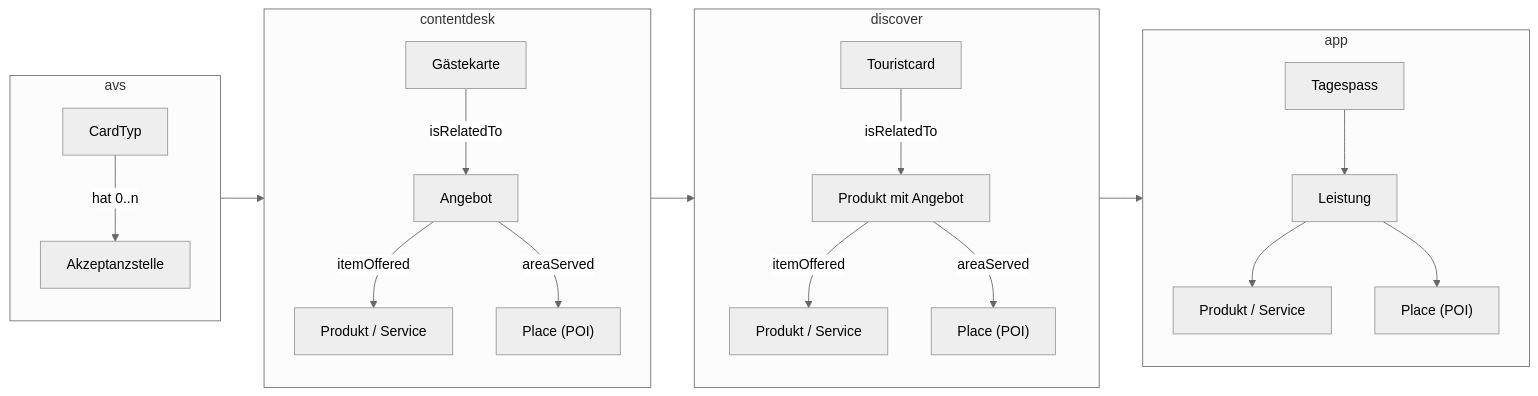
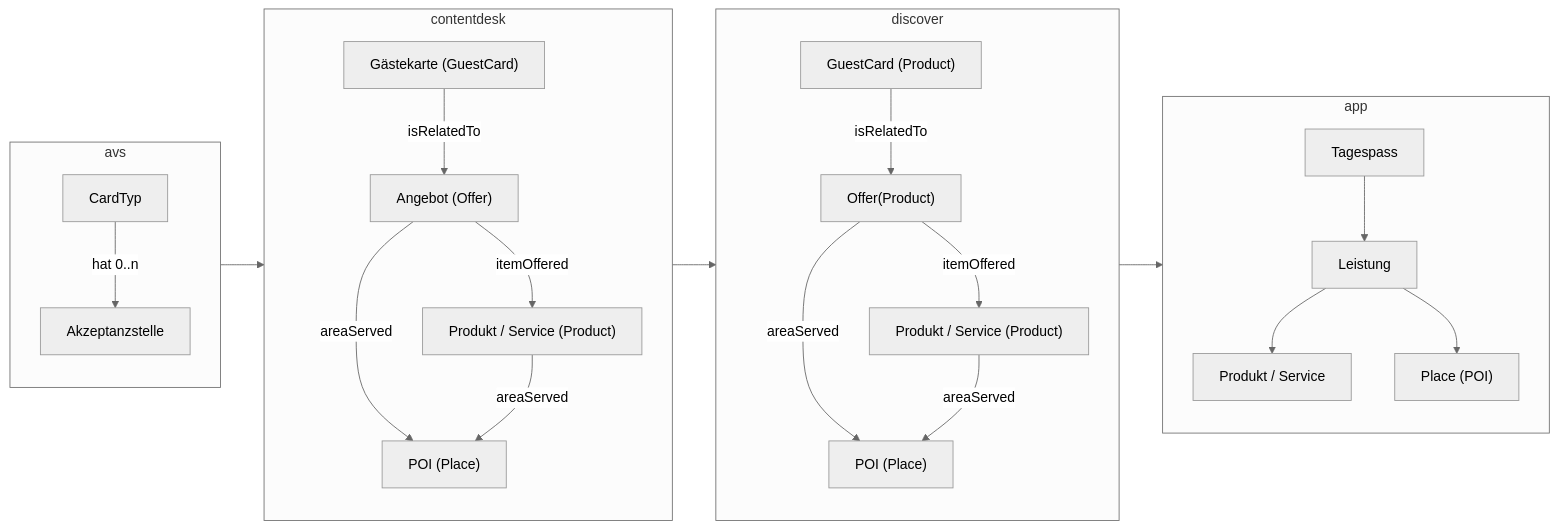
One commit to tsolenthaler/docs.contentdesk.io changed the second of 6 diagrams in docs/projects/glarnerlandApp.md. Above: the diagram before and after it, drawn with Mermaid (neutral theme). The commit also changed other lines of this file, not shown here.

Commit message:
Refactor glarnerlandApp.md: Update diagram properties for AVS and Contentdesk

````diff
--- a/docs/projects/glarnerlandApp.md
+++ b/docs/projects/glarnerlandApp.md
@@ -47,29 +47,31 @@
 ``` mermaid
 graph LR
     subgraph avs
         direction TB
         CardTyp --> | hat 0..n| Akzeptanzstelle
     end
     subgraph contentdesk
         direction TB
-        Gaestekarte["Gästekarte"] --> |isRelatedTo| Angebot
-        Angebot --> |itemOffered| Angebot2["Produkt / Service"]
-        Angebot --> |areaServed| Ort["Place (POI)"]
+        Gaestekarte["Gästekarte (GuestCard)"] --> |isRelatedTo| Angebot["Angebot (Offer)"]
+        Angebot --> |itemOffered| Product2["Produkt / Service (Product)"]
+        Angebot --> |areaServed| Ort["POI (Place)"]
+        Product2 --> |areaServed| Ort
     end
     subgraph discover
         direction TB
-        Touristcard["Touristcard"] -->|isRelatedTo| Offer["Produkt mit Angebot"]
-        Offer -->|itemOffered| Product["Produkt / Service"]
-        Offer -->|areaServed| Place["Place (POI)"]
+        GuestCard["GuestCard (Product)"] -->|isRelatedTo| Offer["Offer(Product)"]
+        Offer -->|itemOffered| Product["Produkt / Service (Product)"]
+        Offer -->|areaServed| Place["POI (Place)"]
+        Product -->|areaServed| Place["POI (Place)"]
     end
     subgraph app
         direction TB
         Tagespass --> Leistung
         Leistung --> ProduktApp["Produkt / Service"]
         Leistung --> OrtApp["Place (POI)"]
     end
 
     avs --> contentdesk
     contentdesk --> discover
     discover --> app
 ```
````
